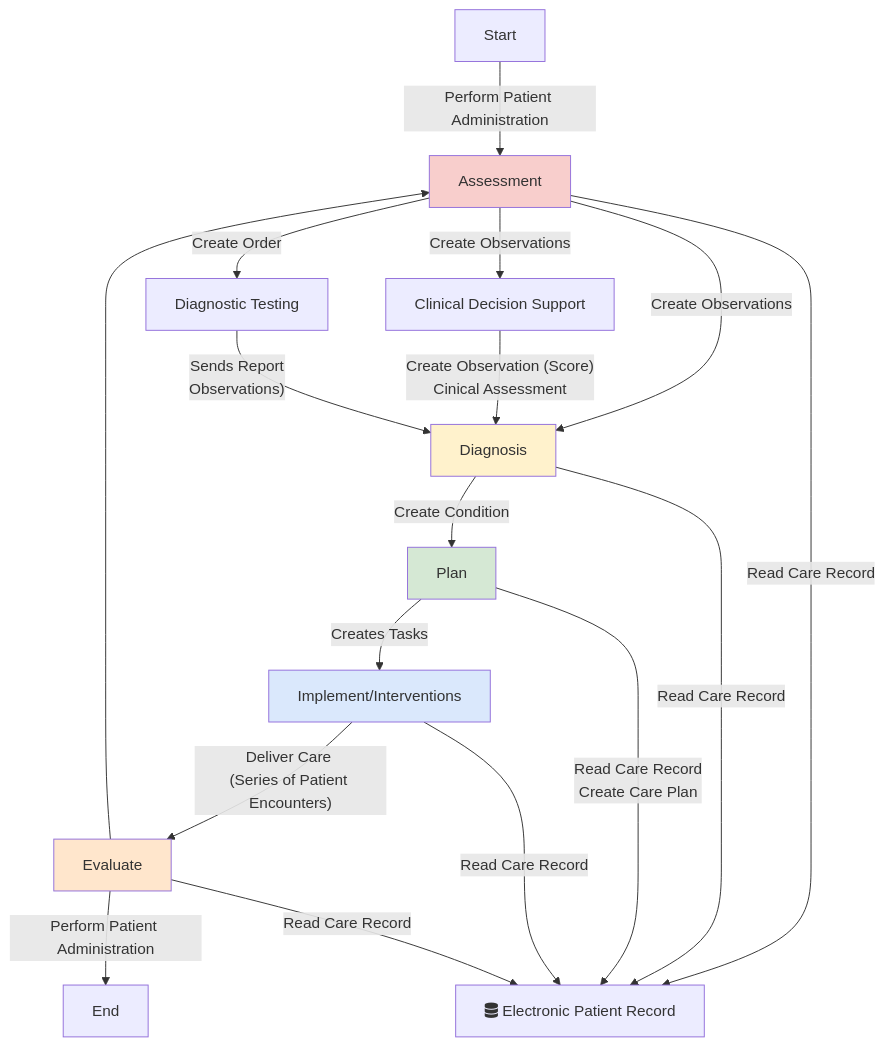
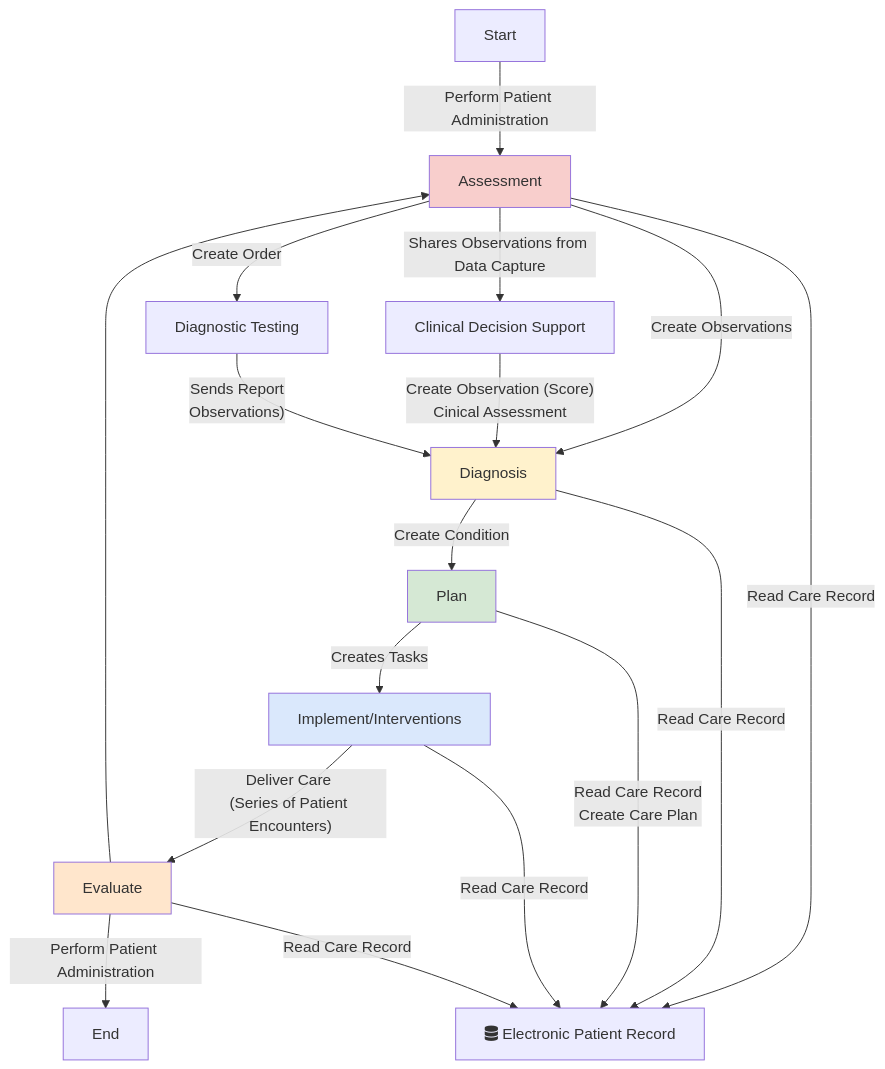
One commit to Virtually-Healthcare/virtually-healthcare.github.com changed the first of 2 diagrams in input/pagecontent/index.md. Above: the diagram before and after it, drawn with Mermaid.

Commit message:
ADPIE elab

````diff
--- a/input/pagecontent/index.md
+++ b/input/pagecontent/index.md
@@ -52,34 +52,34 @@
 ```mermaid
 graph TD;
     Start --> |Perform Patient Administration| Assessment
     Assessment[Assessment]-->|Create Observations| Diagnosis;
-    Assessment --> |Create Observations| ClinicalDecisionSupport
+    Assessment --> |"Shares Observations from Data Capture"| ClinicalDecisionSupport
     Assessment --> |Create Order| DiagnosticTesting
 
     ClinicalDecisionSupport[Clinical Decision Support]  --> |"Create Observation (Score)<br/>Cinical Assessment"| Diagnosis
     DiagnosticTesting[Diagnostic Testing] --> |"Sends Report <br/> Observations)"| Diagnosis
     Diagnosis[Diagnosis]-->|Create Condition| Plan;
     Plan -->|Creates Tasks| Implement;
     Implement[Implement/Interventions]-->|"Deliver Care <br/>(Series of Patient Encounters)"| Evaluate;
     Evaluate[Evaluate]-->Assessment;
     Evaluate --> |Perform Patient Administration| End
 
     EPR[fas:fa-database Electronic Patient Record] 
     Assessment --> |Read Care Record| EPR
     Diagnosis --> |Read Care Record| EPR
     Plan --> |Read Care Record <br/> Create Care Plan| EPR
     Implement --> |Read Care Record| EPR
     Evaluate --> |Read Care Record| EPR
     
     classDef yellow fill:#FFF2CC;
     classDef pink fill:#F8CECC
     classDef green fill:#D5E8D4;
     classDef blue fill:#DAE8FC;
     classDef orange fill:#FFE6CC;
 
     class Assessment pink
     class Diagnosis yellow
     class Plan green
     class Implement blue
     class Evaluate orange
 ```
````
